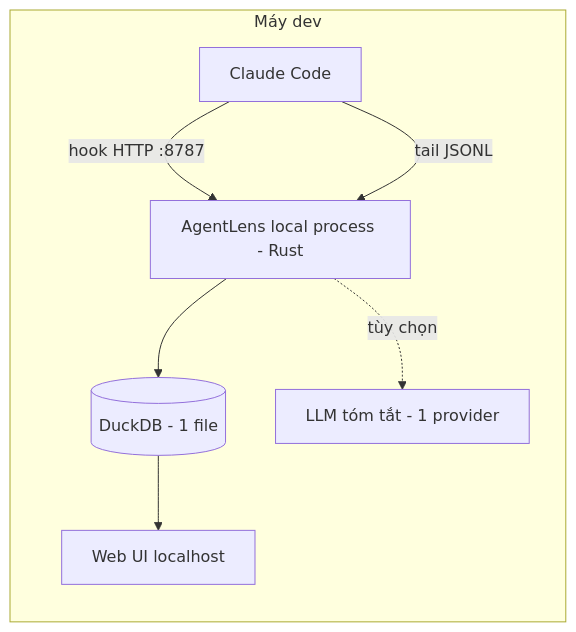
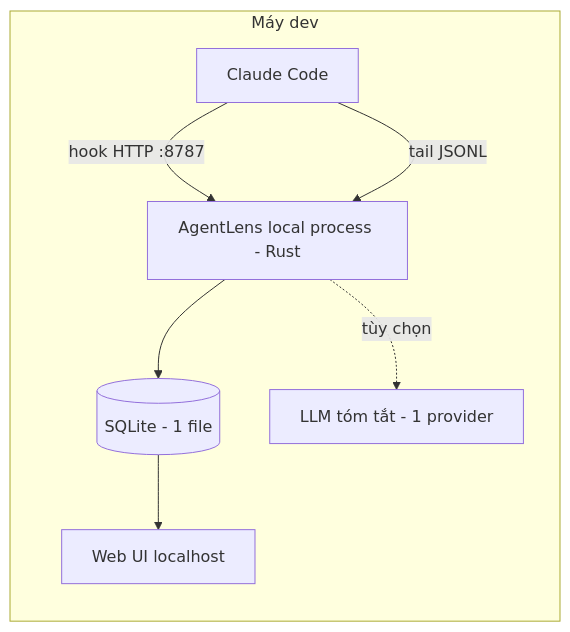
Before and after one commit to anhnth24/agent-lens: the diagram in agentlens-docs/TRD-0001-agent-observability.md, drawn with Mermaid. The commit also changed other lines of this file and 3 other files, not shown here.

````diff
--- a/agentlens-docs/TRD-0001-agent-observability.md
+++ b/agentlens-docs/TRD-0001-agent-observability.md
@@ -23,14 +23,14 @@
 ```mermaid
 flowchart LR
   subgraph DevMachine[Máy dev]
     cc[Claude Code]
     app[AgentLens local process - Rust]
-    db[(DuckDB - 1 file)]
+    db[(SQLite - 1 file)]
     ui[Web UI localhost]
     cc -->|hook HTTP :8787| app
     cc -->|tail JSONL| app
     app --> db
     db --> ui
     app -. tùy chọn .-> llm[LLM tóm tắt - 1 provider]
   end
 ```
````
